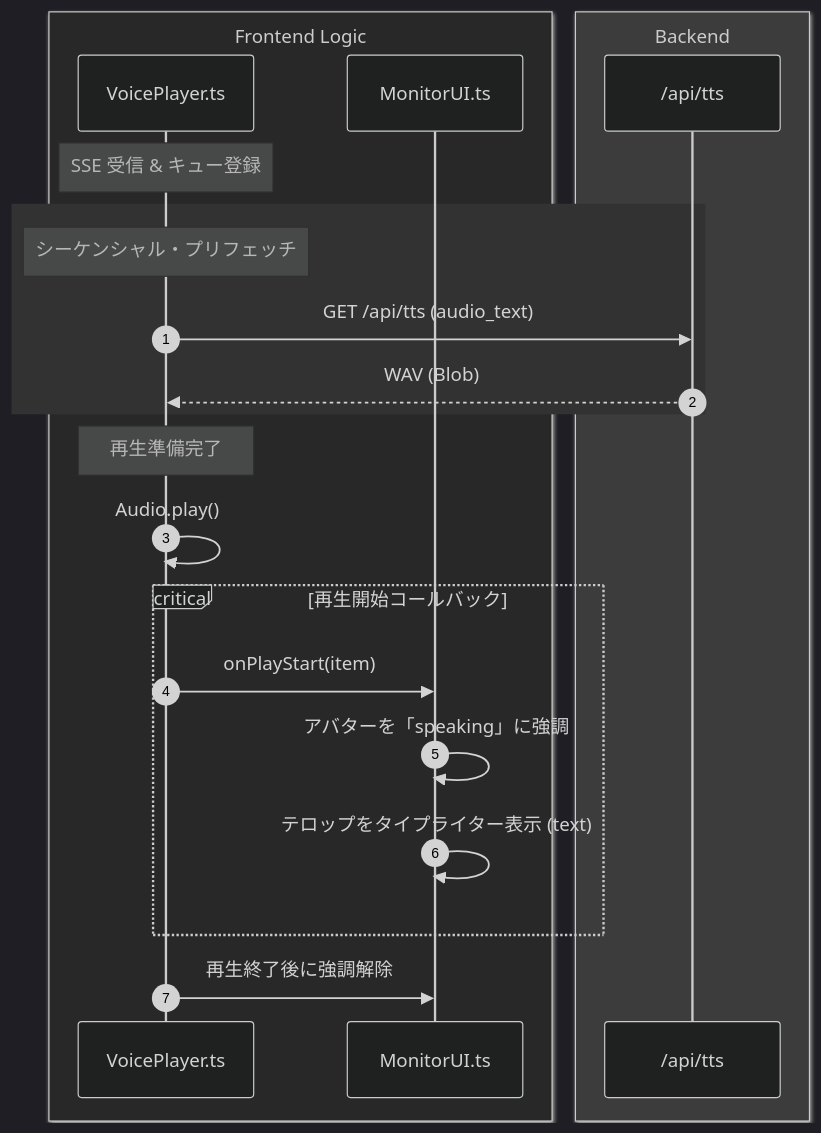
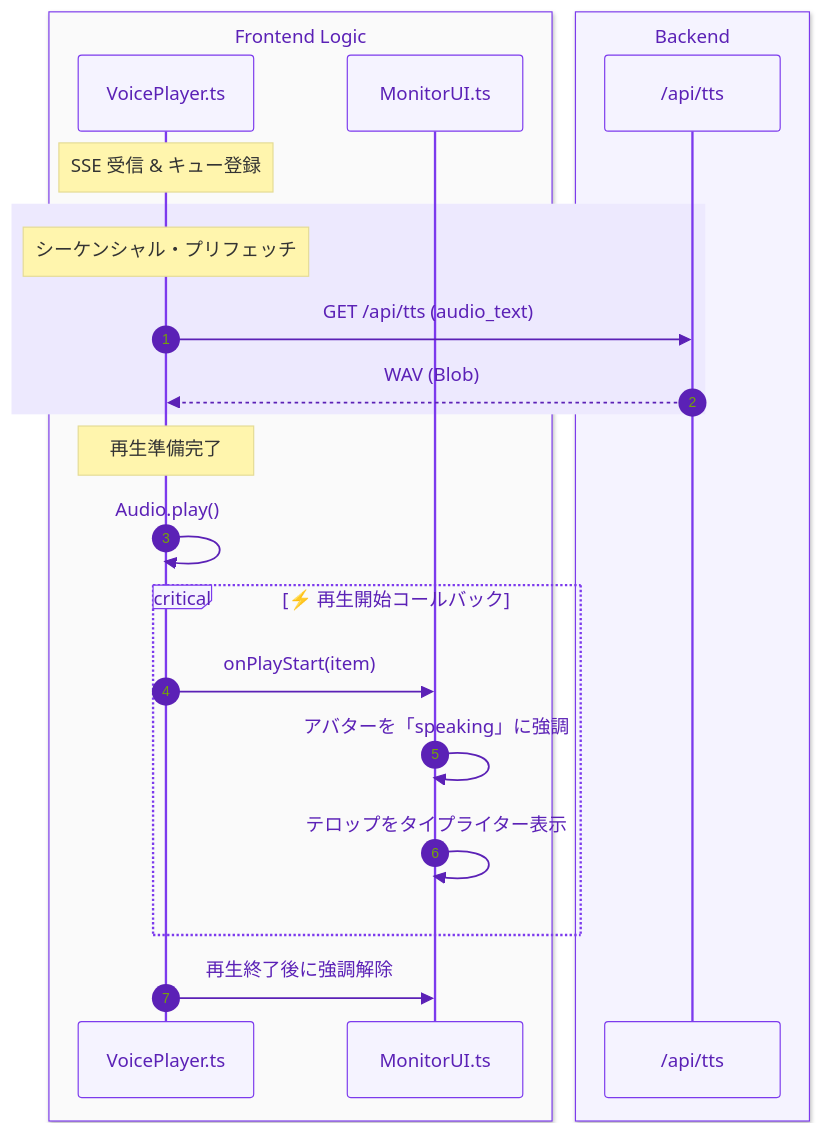
The third of 4 diagrams in docs/system_flow.md (yuma25/AI-Radio-Room), drawn with Mermaid before and after one commit. The commit also changed other lines of this file and 1 other file, not shown here.

Commit message:
docs: improve visual styling and update content for frontend reference and system flow

````diff
--- a/docs/system_flow.md
+++ b/docs/system_flow.md
@@ -90,33 +96,33 @@
 ```mermaid
-%%{init: {'theme': 'dark', 'themeVariables': { 'primaryColor': '#333', 'primaryTextColor': '#fff', 'primaryBorderColor': '#777', 'lineColor': '#aaa', 'secondaryColor': '#444', 'tertiaryColor': '#222'}}}%%
+%%{init: {'theme': 'base', 'themeVariables': { 'primaryColor': '#f5f3ff', 'primaryTextColor': '#5b21b6', 'primaryBorderColor': '#7c3aed', 'lineColor': '#8b5cf6'}}}%%
 sequenceDiagram
     autonumber
 
-    box rgb(40, 40, 40) Frontend Logic
+    box rgb(250, 250, 250) Frontend Logic
         participant Player as VoicePlayer.ts
         participant Monitor as MonitorUI.ts
     end
 
-    box rgb(60, 60, 60) Backend
+    box rgb(245, 243, 255) Backend
         participant TTS as /api/tts
     end
 
     Note over Player: SSE 受信 & キュー登録
     
-    rect rgb(50, 50, 50)
+    rect rgb(237, 233, 254)
     Note over Player: シーケンシャル・プリフェッチ
     Player->>TTS: GET /api/tts (audio_text)
     TTS-->>Player: WAV (Blob)
     end
 
     Note over Player: 再生準備完了
     Player->>Player: Audio.play()
     
-    critical 再生開始コールバック
+    critical ⚡ 再生開始コールバック
         Player->>Monitor: onPlayStart(item)
         Monitor->>Monitor: アバターを「speaking」に強調
-        Monitor->>Monitor: テロップをタイプライター表示 (text)
+        Monitor->>Monitor: テロップをタイプライター表示
     end
 
     Player->>Monitor: 再生終了後に強調解除
 ```
````
